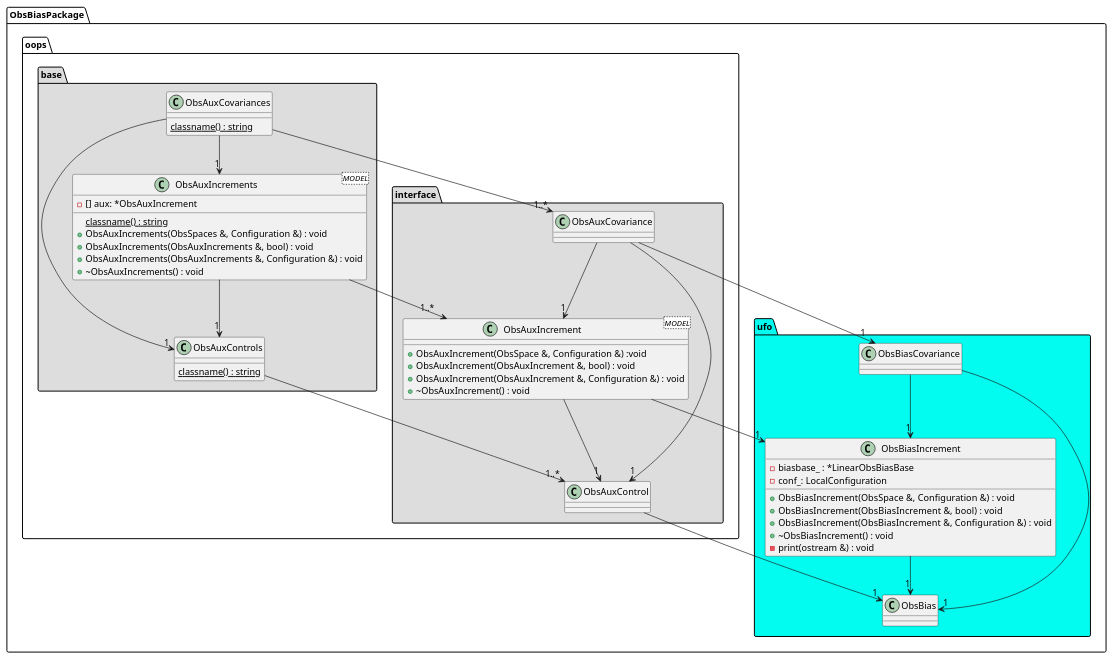
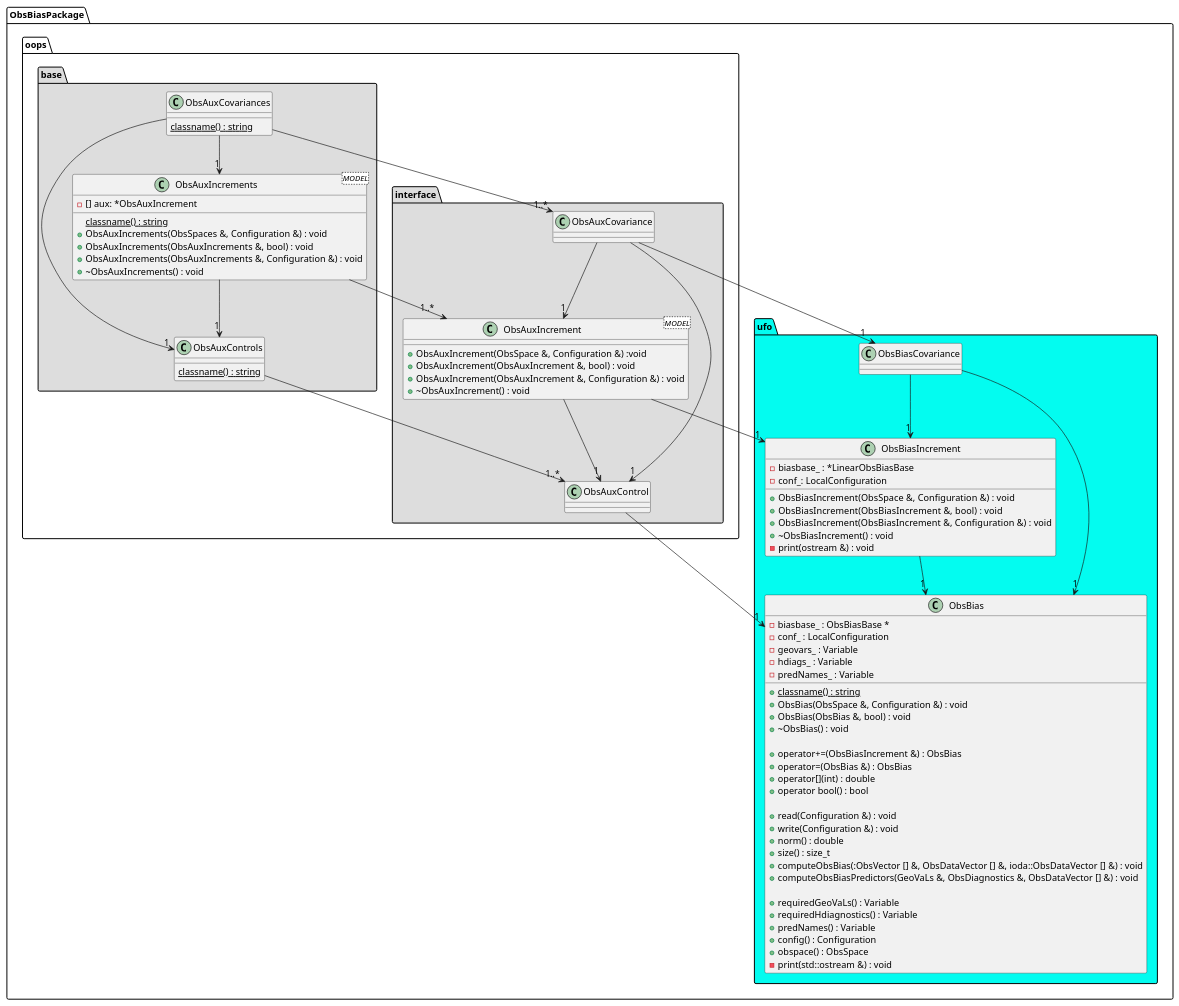
Before and after one commit to xinzhang8noaa/jedi-varbc-doc: the diagram in source/design/design.rst, drawn with PlantUML.

```diff
--- a/source/design/design.rst
+++ b/source/design/design.rst
@@ -60,6 +60,36 @@
       namespace ufo #03fcf0 {
         
           class ObsBias {
+            + {static} classname() : string
+            + ObsBias(ObsSpace &, Configuration &) : void
+            + ObsBias(ObsBias &, bool) : void
+            + ~ObsBias() : void
+
+            + operator+=(ObsBiasIncrement &) : ObsBias
+            + operator=(ObsBias &) : ObsBias
+            + operator[](int) : double
+            + operator bool() : bool
+
+            + read(Configuration &) : void
+            + write(Configuration &) : void
+            + norm() : double
+            + size() : size_t
+            + computeObsBias(:ObsVector [] &, ObsDataVector [] &, ioda::ObsDataVector [] &) : void
+            + computeObsBiasPredictors(GeoVaLs &, ObsDiagnostics &, ObsDataVector [] &) : void
+
+            + requiredGeoVaLs() : Variable
+            + requiredHdiagnostics() : Variable
+            + predNames() : Variable
+            + config() : Configuration
+            + obspace() : ObsSpace
+
+
+            - print(std::ostream &) : void
+            - biasbase_ : ObsBiasBase *
+            - conf_ : LocalConfiguration
+            - geovars_ : Variable
+            - hdiags_ : Variable
+            - predNames_ : Variable
           }
           
           class ObsBiasIncrement {
```
